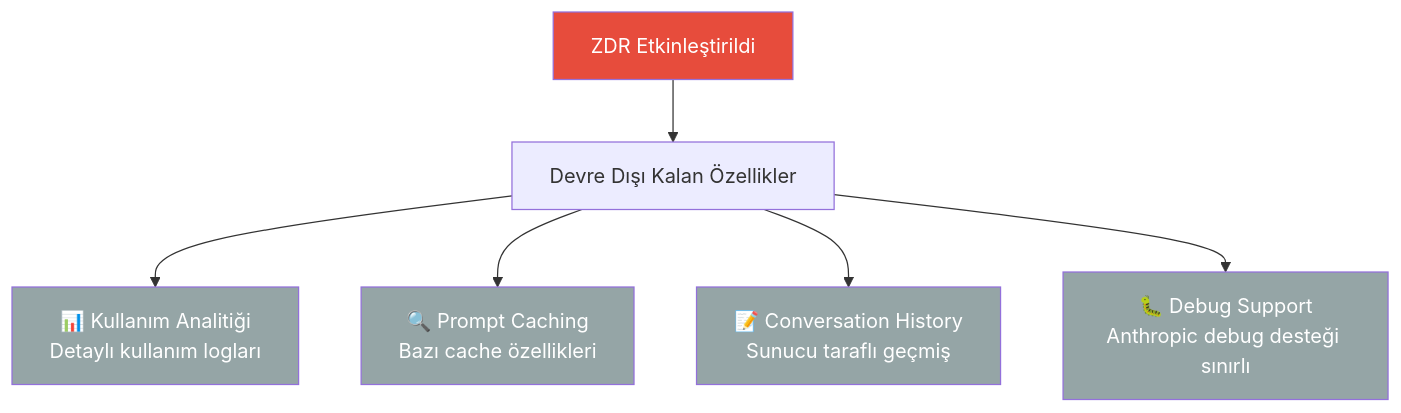
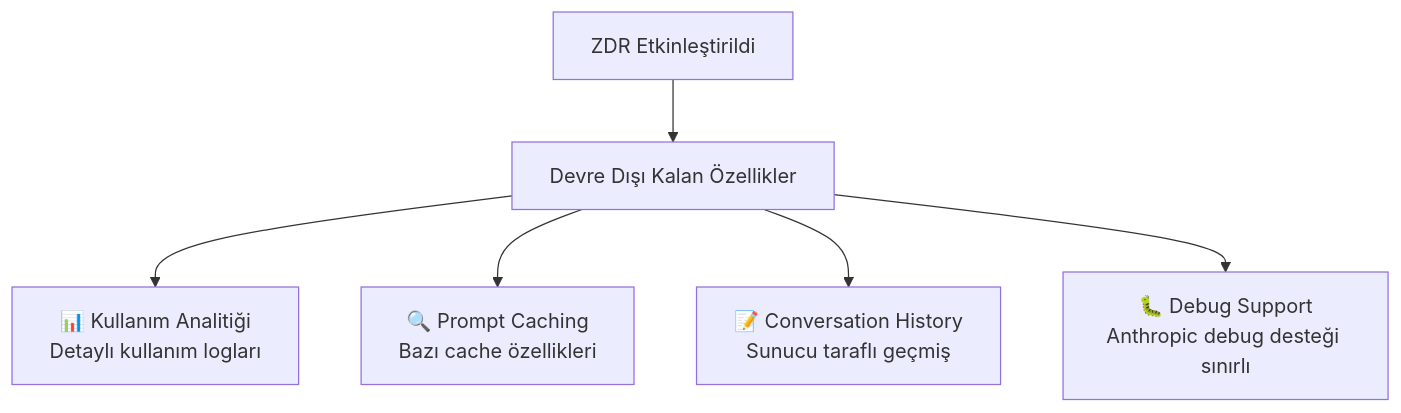
One commit to IzzetYasinAtes/ClaudeCodeHandbook changed the second of 6 diagrams in 18-kurumsal-kullanim/08-veri-guvenligi-ve-zdr.md. Above: the diagram before and after it, drawn with Mermaid. The commit also changed other lines of this file and 97 other files, not shown here.

Commit message:
Remove all custom Mermaid style/fill colors from 98 markdown files for consistent dark theme rendering

````diff
--- a/18-kurumsal-kullanim/08-veri-guvenligi-ve-zdr.md
+++ b/18-kurumsal-kullanim/08-veri-guvenligi-ve-zdr.md
@@ -77,15 +72,10 @@
 ```mermaid
 flowchart TD
     ZDR["ZDR Etkinleştirildi"] --> DISABLED["Devre Dışı Kalan Özellikler"]
 
     DISABLED --> D1["📊 Kullanım Analitiği<br/>Detaylı kullanım logları"]
     DISABLED --> D2["🔍 Prompt Caching<br/>Bazı cache özellikleri"]
     DISABLED --> D3["📝 Conversation History<br/>Sunucu taraflı geçmiş"]
     DISABLED --> D4["🐛 Debug Support<br/>Anthropic debug desteği sınırlı"]
 
-    style ZDR fill:#E74C3C,color:#fff
-    style D1 fill:#95A5A6,color:#fff
-    style D2 fill:#95A5A6,color:#fff
-    style D3 fill:#95A5A6,color:#fff
-    style D4 fill:#95A5A6,color:#fff
 ```
````
